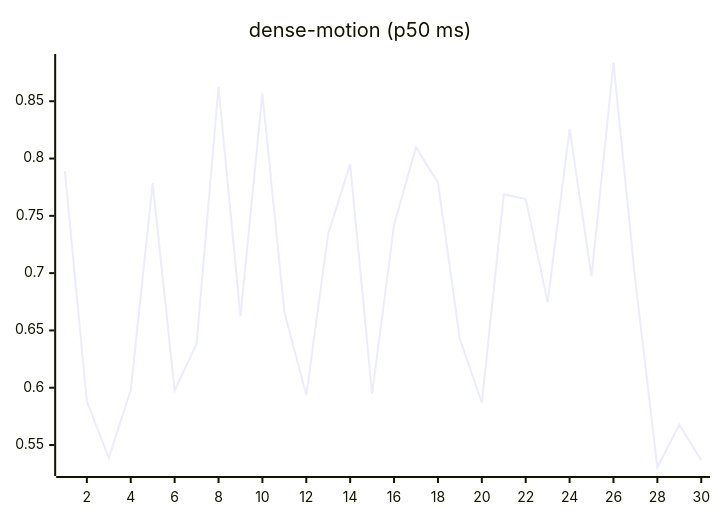
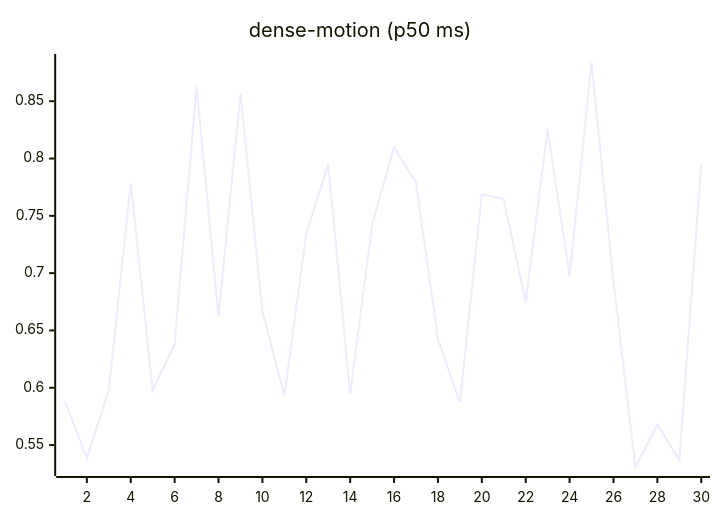
Before and after one commit to josha/Facet: the ninth of 27 diagrams in README.md, drawn with Mermaid. The commit also changed other lines of this file and 2 other files, not shown here.

````diff
--- a/README.md
+++ b/README.md
@@ -119,6 +119,6 @@
 ```mermaid
 xychart-beta
     title "dense-motion (p50 ms)"
     x-axis 1 --> 30
-    line [0.7888, 0.5881, 0.5388, 0.5980, 0.7785, 0.5976, 0.6382, 0.8626, 0.6624, 0.8567, 0.6662, 0.5935, 0.7344, 0.7951, 0.5946, 0.7422, 0.8099, 0.7789, 0.6425, 0.5869, 0.7688, 0.7647, 0.6747, 0.8256, 0.6971, 0.8838, 0.6929, 0.5304, 0.5679, 0.5366]
+    line [0.5881, 0.5388, 0.5980, 0.7785, 0.5976, 0.6382, 0.8626, 0.6624, 0.8567, 0.6662, 0.5935, 0.7344, 0.7951, 0.5946, 0.7422, 0.8099, 0.7789, 0.6425, 0.5869, 0.7688, 0.7647, 0.6747, 0.8256, 0.6971, 0.8838, 0.6929, 0.5304, 0.5679, 0.5366, 0.7956]
 ```
````
